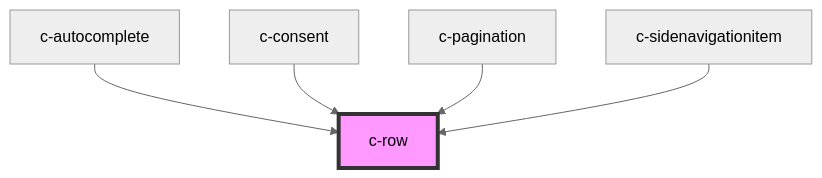
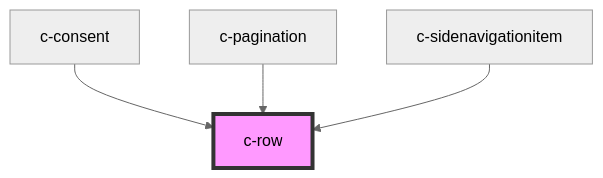
Before and after one commit to hannyle/csc-ui: the diagram in src/components/c-row/readme.md, drawn with Mermaid (neutral theme). The commit also changed other lines of this file and 10 other files, not shown here.

````diff
--- a/src/components/c-row/readme.md
+++ b/src/components/c-row/readme.md
@@ -35,8 +34,7 @@
 ```mermaid
 graph TD;
-  c-autocomplete --> c-row
   c-consent --> c-row
   c-pagination --> c-row
   c-sidenavigationitem --> c-row
   style c-row fill:#f9f,stroke:#333,stroke-width:4px
 ```
````
